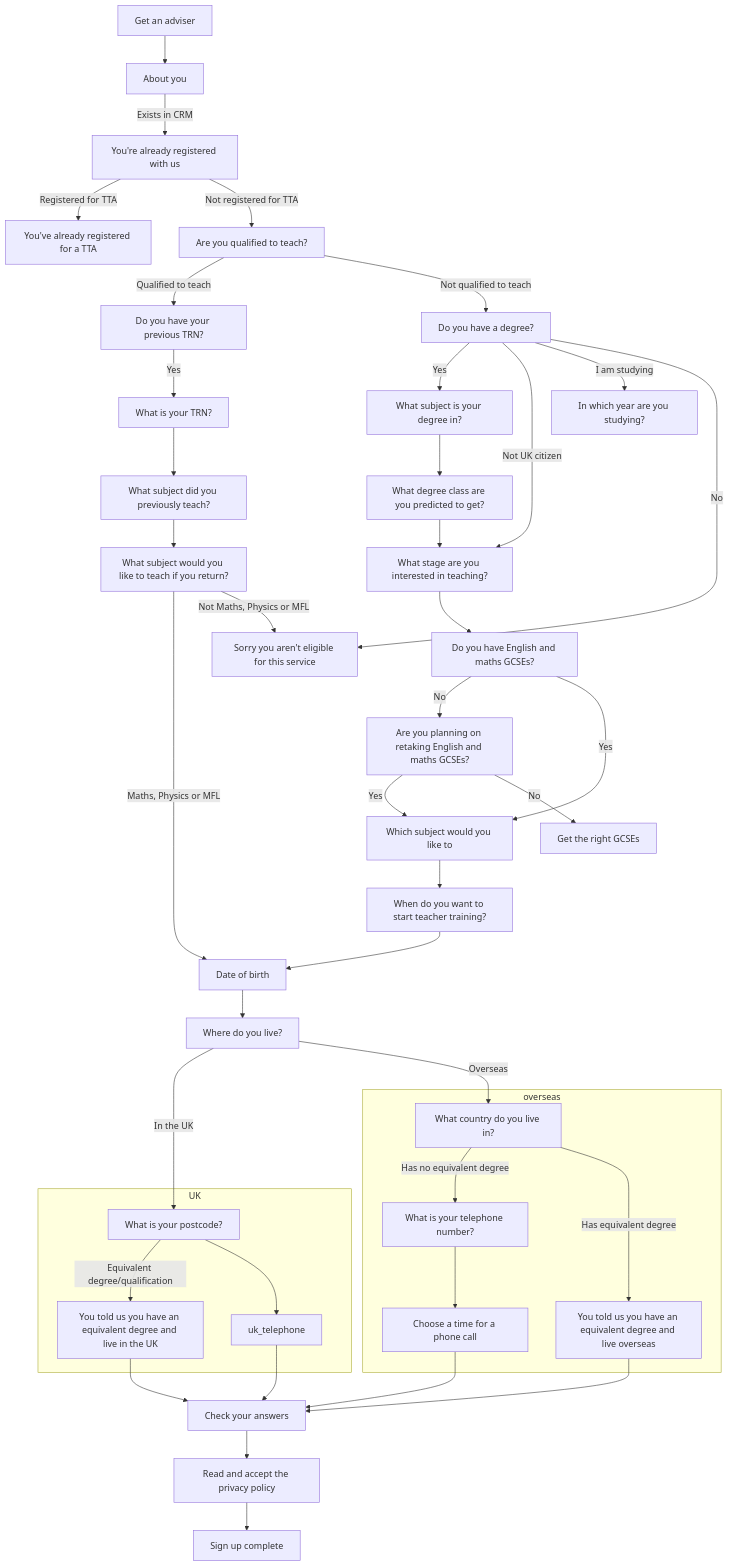
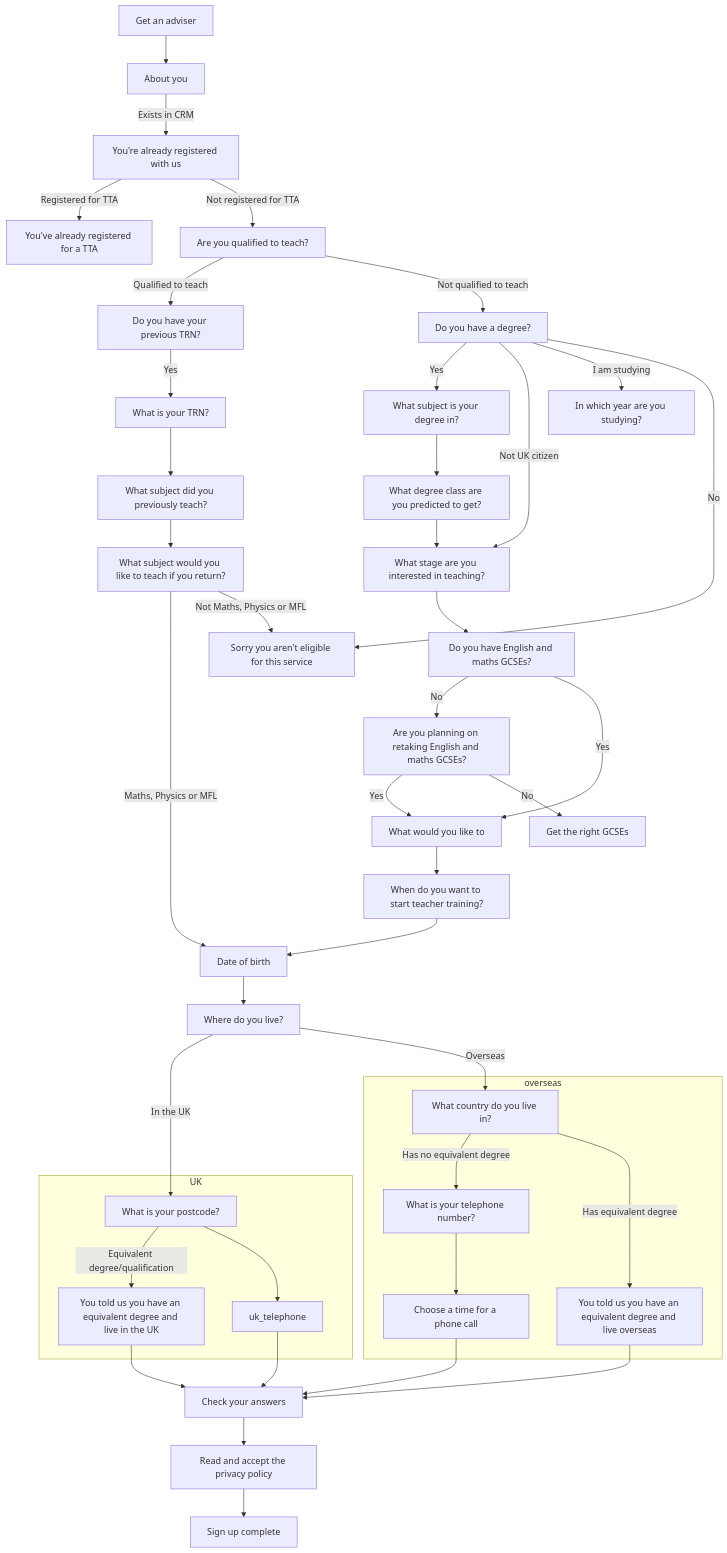
One commit to DFE-Digital/get-teacher-training-adviser-service changed the diagram in docs/journey.md. Above: the diagram before and after it, drawn with Mermaid.

Commit message:
updating heading

````diff
--- a/docs/journey.md
+++ b/docs/journey.md
@@ -3,61 +3,61 @@
 ```mermaid
 graph TD;
   get_an_adviser[Get an adviser] --> about_you[About you]
 
   about_you -- Exists in CRM --> already_registered[You're already registered with us]
   
   already_registered -- Registered for TTA --> registered_already[You've already registered for a TTA]
   already_registered -- Not registered for TTA --> qualified_to_teach[Are you qualified to teach?]
 
   qualified_to_teach -- Qualified to teach --> have_trn[Do you have your previous TRN?]
   qualified_to_teach -- Not qualified to teach --> have_degree[Do you have a degree?]
 
   have_trn -- Yes --> trn[What is your TRN?]
   trn --> previous_subject[What subject did you previously teach?]
   previous_subject --> next_subject[What subject would you like to teach if you return?]
 
   next_subject -- Maths, Physics or MFL --> date_of_birth[Date of birth]
   next_subject -- Not Maths, Physics or MFL --> not_eligible[Sorry you aren't eligible for this service]
 
   have_degree -- Yes --> what_degree[What subject is your degree in?]
   have_degree -- Not UK citizen --> what_stage[What stage are you interested in teaching?]
   have_degree -- I am studying --> what_year[In which year are you studying?]
   have_degree -- No --> not_eligible
 
   what_degree --> what_class_predicted[What degree class are you predicted to get?]
   what_class_predicted --> what_stage
   what_stage --> gcses[Do you have English and maths GCSEs?]
 
   gcses -- No --> retake_gcses[Are you planning on retaking English and maths GCSEs?]
-  gcses -- Yes --> subject[Which subject would you like to]
+  gcses -- Yes --> subject[What would you like to]
 
   retake_gcses -- Yes --> subject
   retake_gcses -- No --> get_gcses[Get the right GCSEs]
 
   subject --> start_teacher_training[When do you want to start teacher training?]
   start_teacher_training --> date_of_birth[Date of birth]
   date_of_birth --> where_do_you_live[Where do you live?]
 
   where_do_you_live -- In the UK --> address[What is your postcode?]
   where_do_you_live -- Overseas --> country[What country do you live in?]
 
   subgraph overseas
     country -- Has no equivalent degree --> overseas_telephone[What is your telephone number?]
     country -- Has equivalent degree --> overseas_degree[You told us you have an equivalent degree and live overseas]
 
     overseas_telephone --> choose_a_time[Choose a time for a phone call]
   end
 
   subgraph UK
     address -- Equivalent degree/qualification --> equivalent_degree[You told us you have an equivalent degree and live in the UK]
     address --> uk_telephone
   end
 
   choose_a_time --> check_your_answers[Check your answers]
   uk_telephone --> check_your_answers
   equivalent_degree --> check_your_answers
   overseas_degree --> check_your_answers
 
   check_your_answers --> privacy_policy[Read and accept the privacy policy]
   privacy_policy --> complete[Sign up complete]
 ```
````
